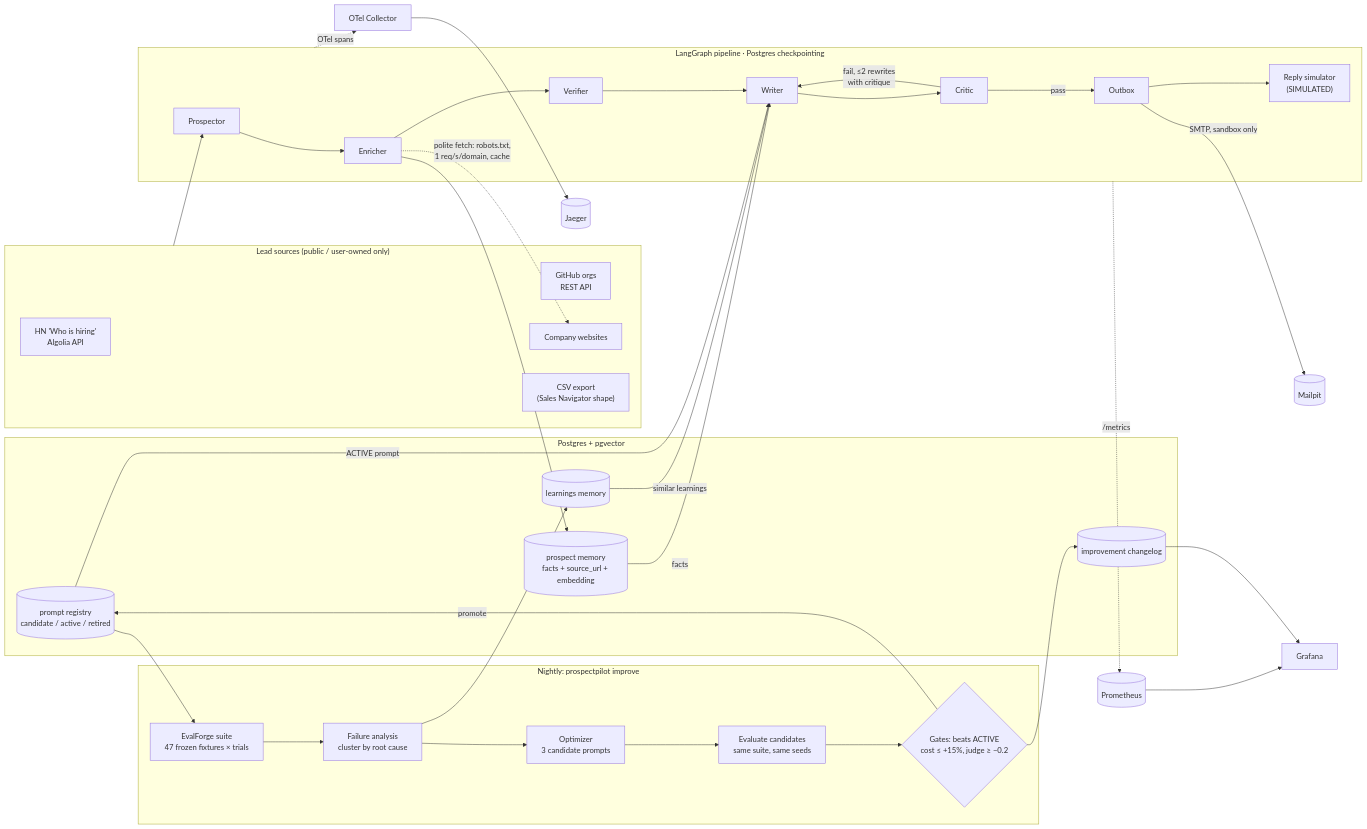
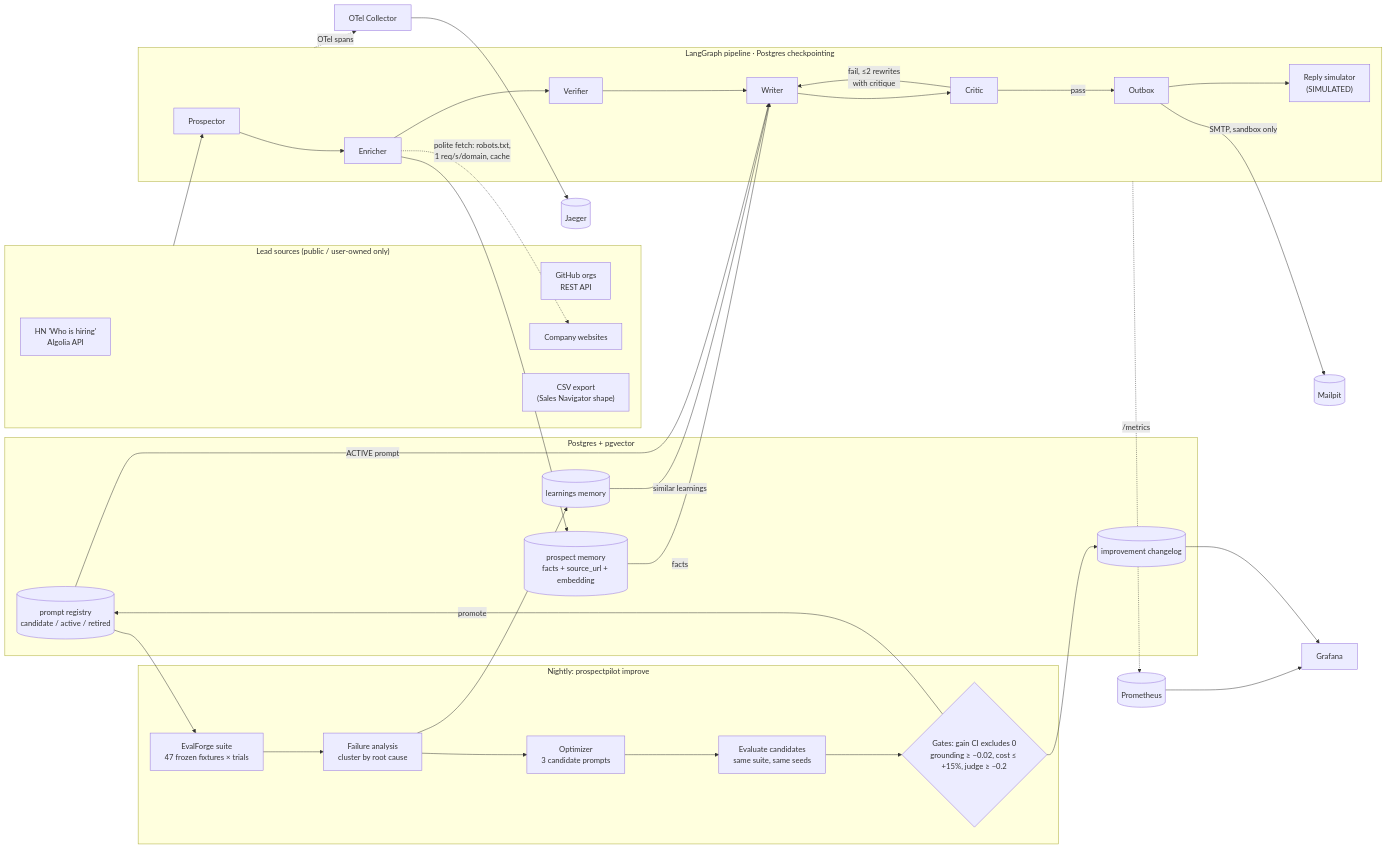
Before and after one commit to AbhilashSomigari/prospectpilot: the first of 2 diagrams in README.md, drawn with Mermaid. The commit also changed other lines of this file and 7 other files, not shown here.

First line of the commit message:
feat(improve): promotion requires a significant gain and no grounding regression

````diff
--- a/README.md
+++ b/README.md
@@ -38,39 +38,39 @@
 ```mermaid
 flowchart LR
   subgraph Sources["Lead sources (public / user-owned only)"]
     HN["HN 'Who is hiring'<br/>Algolia API"]
     GH["GitHub orgs<br/>REST API"]
     WEB["Company websites"]
     CSV["CSV export<br/>(Sales Navigator shape)"]
   end
   subgraph Graph["LangGraph pipeline · Postgres checkpointing"]
     P[Prospector] --> E[Enricher] --> V[Verifier] --> W[Writer] --> C[Critic]
     C -- "fail, ≤2 rewrites<br/>with critique" --> W
     C -- pass --> O[Outbox] --> R["Reply simulator<br/>(SIMULATED)"]
   end
   Sources --> P
   E -. "polite fetch: robots.txt,<br/>1 req/s/domain, cache" .-> WEB
   O -- "SMTP, sandbox only" --> MP[(Mailpit)]
   subgraph Memory["Postgres + pgvector"]
     F[("prospect memory<br/>facts + source_url + embedding")]
     L[("learnings memory")]
     PR[("prompt registry<br/>candidate / active / retired")]
     CH[("improvement changelog")]
   end
   E --> F
   F -- "facts" --> W
   L -- "similar learnings" --> W
   PR -- "ACTIVE prompt" --> W
   subgraph Improve["Nightly: prospectpilot improve"]
     EV["EvalForge suite<br/>47 frozen fixtures × trials"] --> FA["Failure analysis<br/>cluster by root cause"]
     FA --> OPT["Optimizer<br/>3 candidate prompts"] --> EV2["Evaluate candidates<br/>same suite, same seeds"]
-    EV2 --> G{"Gates: beats ACTIVE<br/>cost ≤ +15%, judge ≥ −0.2"}
+    EV2 --> G{"Gates: gain CI excludes 0<br/>grounding ≥ −0.02, cost ≤ +15%, judge ≥ −0.2"}
   end
   PR --> EV
   FA --> L
   G -- promote --> PR
   G --> CH
   Graph -. "OTel spans" .-> OT[OTel Collector] --> J[(Jaeger)]
   Graph -. "/metrics" .-> PM[(Prometheus)] --> GF[Grafana]
   CH --> GF
 ```
````
